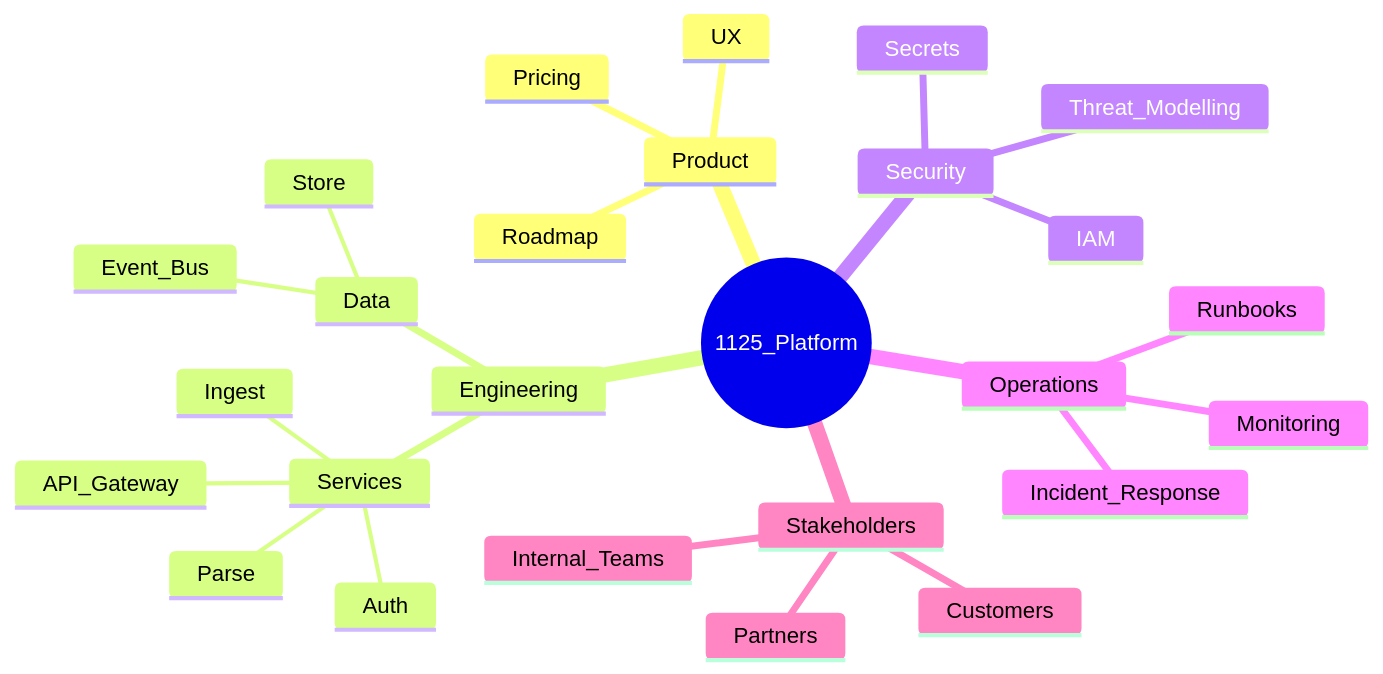
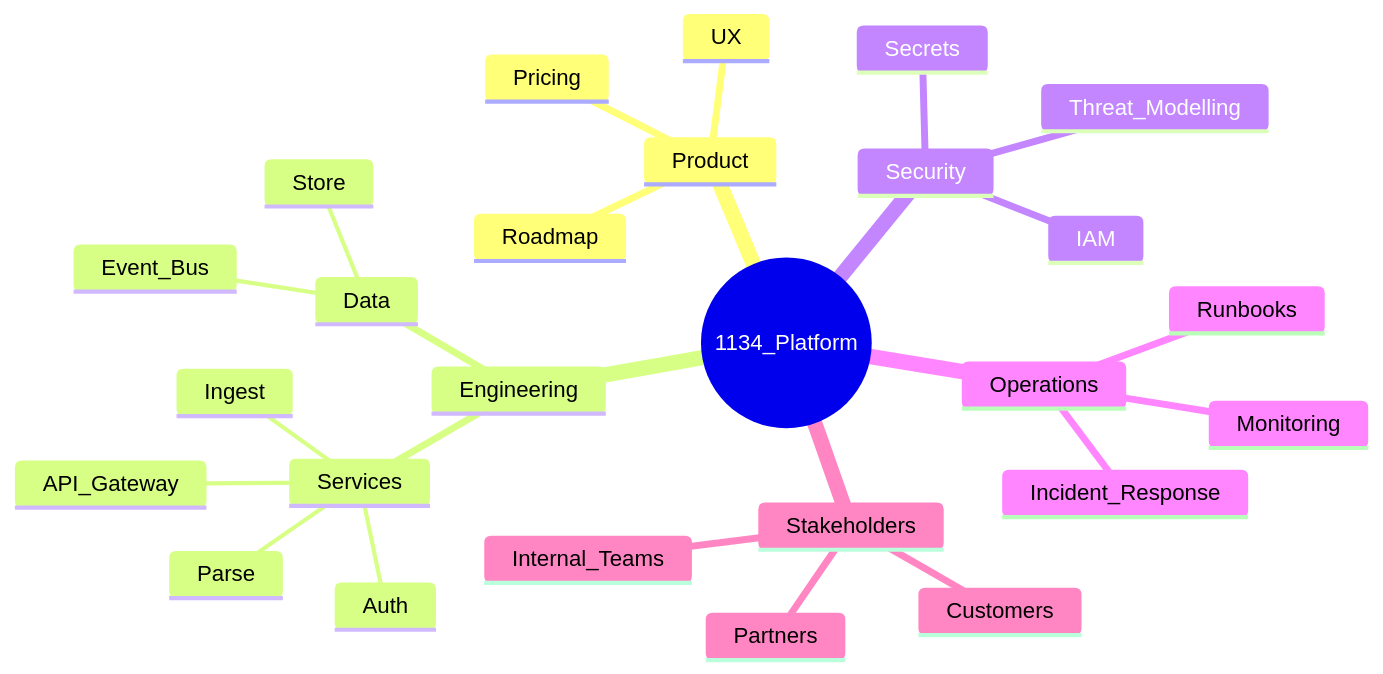
Before and after one commit to Beyondthemountain/RoboMermaid: the diagram in diagrams-src/PlatformMindMap.mmd, drawn with Mermaid.

Commit message:
Update PlatformMindMap.mmd
edit core diagram

```diff
--- a/diagrams-src/PlatformMindMap.mmd
+++ b/diagrams-src/PlatformMindMap.mmd
@@ -1,58 +1,58 @@
 mindmap
 %% Global (included in all views)
-  root((1125_Platform))
+  root((1134_Platform))
 
 %%@view:overview,product
     Product
 %%@view:product
       Roadmap
 %%@view:product
       UX
 %%@view:product
       Pricing
 
 %%@view:overview,engineering
     Engineering
 %%@view:engineering
       Services
 %%@view:engineering
         API_Gateway
 %%@view:engineering
         Auth
 %%@view:engineering
         Ingest
 %%@view:engineering
         Parse
 %%@view:engineering
       Data
 %%@view:engineering
         Store
 %%@view:engineering
         Event_Bus
 
 %%@view:overview,security
     Security
 %%@view:security
       IAM
 %%@view:security
       Secrets
 %%@view:security
       Threat_Modelling
 
 %%@view:overview,ops
     Operations
 %%@view:ops
       Monitoring
 %%@view:ops
       Incident_Response
 %%@view:ops
       Runbooks
 
 %%@view:overview,stakeholders
     Stakeholders
 %%@view:stakeholders
       Customers
 %%@view:stakeholders
       Partners
 %%@view:stakeholders
       Internal_Teams
```
